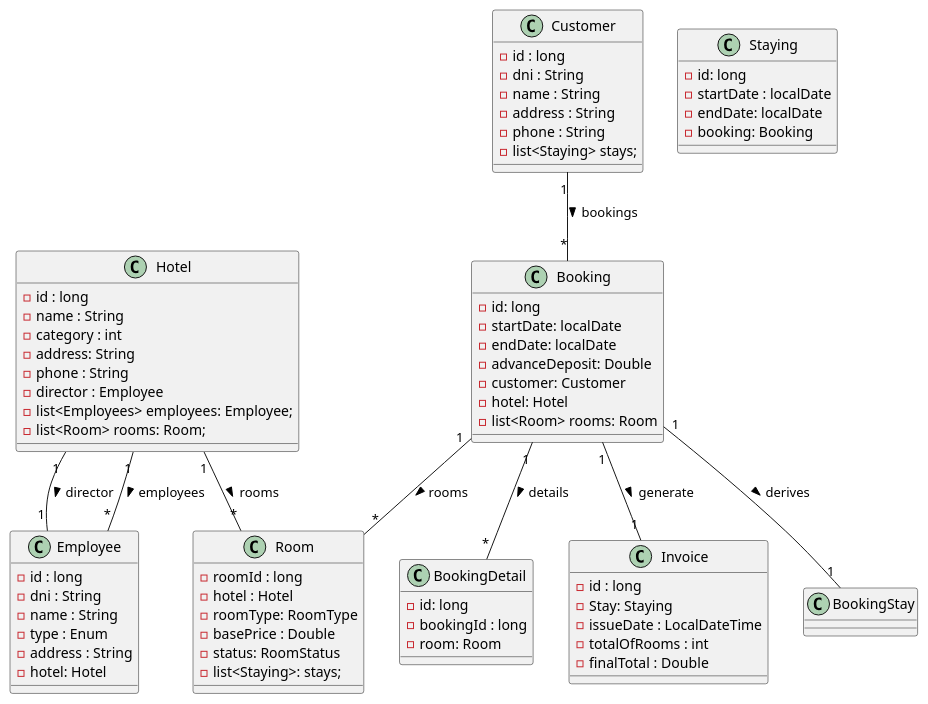
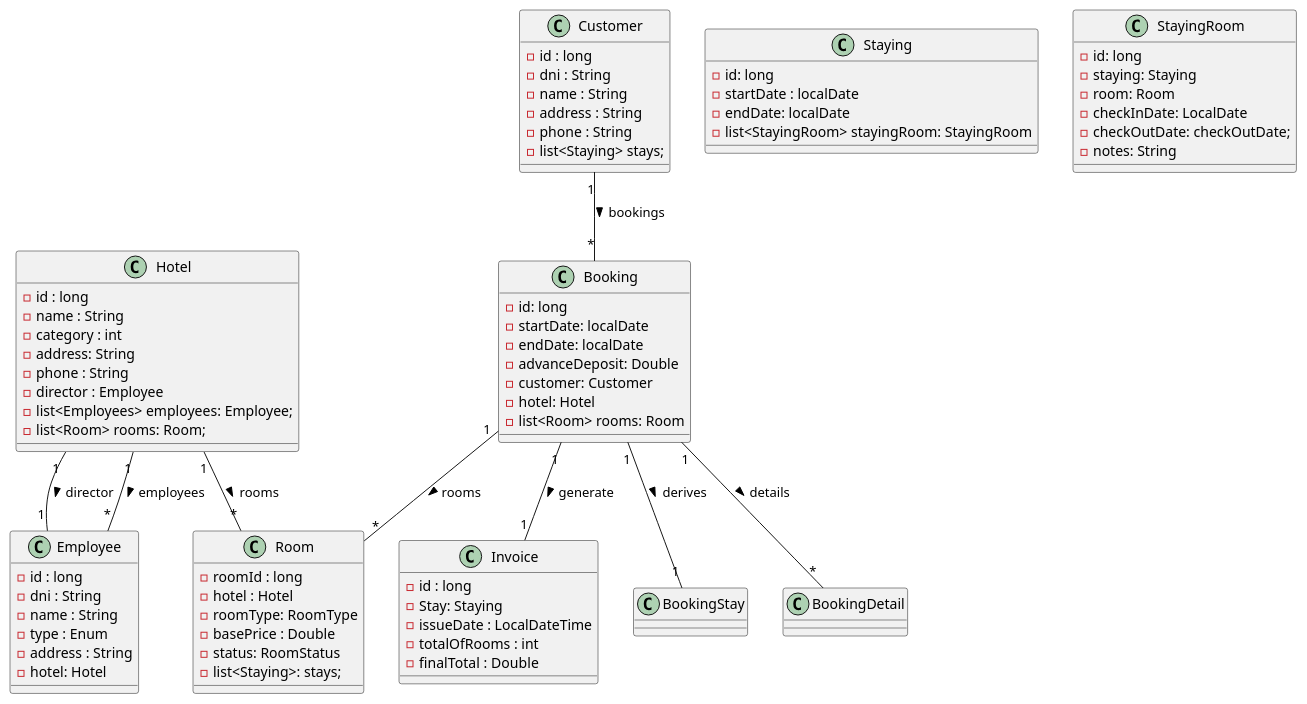
Before and after one commit to cleymeravilaa/hotel-chain-management: the diagram in docs/classesdiagram.puml, drawn with PlantUML.

Commit message:
feat: updating diagram classes

```diff
--- a/docs/classesdiagram.puml
+++ b/docs/classesdiagram.puml
@@ -1,88 +1,91 @@
 @startuml
 
 ' Main Entities'
 class Hotel {
     - id : long
     - name : String
     - category : int
     - address: String
     - phone : String
     - director : Employee
     - list<Employees> employees: Employee;
     - list<Room> rooms: Room;
 }
 
 class Employee {
     - id : long
     - dni : String
     - name : String
     - type : Enum
     - address : String
     - hotel: Hotel
 }
 
 class Customer {
     - id : long
     - dni : String
     - name : String
     - address : String
     - phone : String
     - list<Staying> stays;
 }
 
 class Room {
     - roomId : long
     - hotel : Hotel
     - roomType: RoomType
     - basePrice : Double
     - status: RoomStatus
     - list<Staying>: stays;
 }
 
 ' Reservas
 class Booking {
     - id: long
     - startDate: localDate
     - endDate: localDate
     - advanceDeposit: Double
     - customer: Customer
     - hotel: Hotel
     - list<Room> rooms: Room 
 }
 
 ' Estancia / Estadia
 class Staying {
     - id: long
     - startDate : localDate
     - endDate: localDate
-    - booking: Booking
+    - list<StayingRoom> stayingRoom: StayingRoom
 }
 
-class BookingDetail {
+class StayingRoom {
     - id: long
-    - bookingId : long
+    - staying: Staying
     - room: Room
+    - checkInDate: LocalDate
+    - checkOutDate: checkOutDate;
+    - notes: String
 }
 
 class Invoice {
     - id : long
     - Stay: Staying
     - issueDate : LocalDateTime
     - totalOfRooms : int
     - finalTotal : Double
 }
 
 
 ' Relationships '
 
 Hotel "1" -- "1" Employee: director >
 Hotel "1" -- "*" Employee: employees >
 Hotel "1" -- "*" Room: rooms >
 
 Customer "1" -- "*" Booking : bookings >
 
 Booking "1" -- "1" BookingStay: derives >
 Booking "1" -- "*" Room: rooms >
 Booking "1" -- "1" Invoice: generate >
 Booking "1" -- "*" BookingDetail: details >
 @enduml
```
